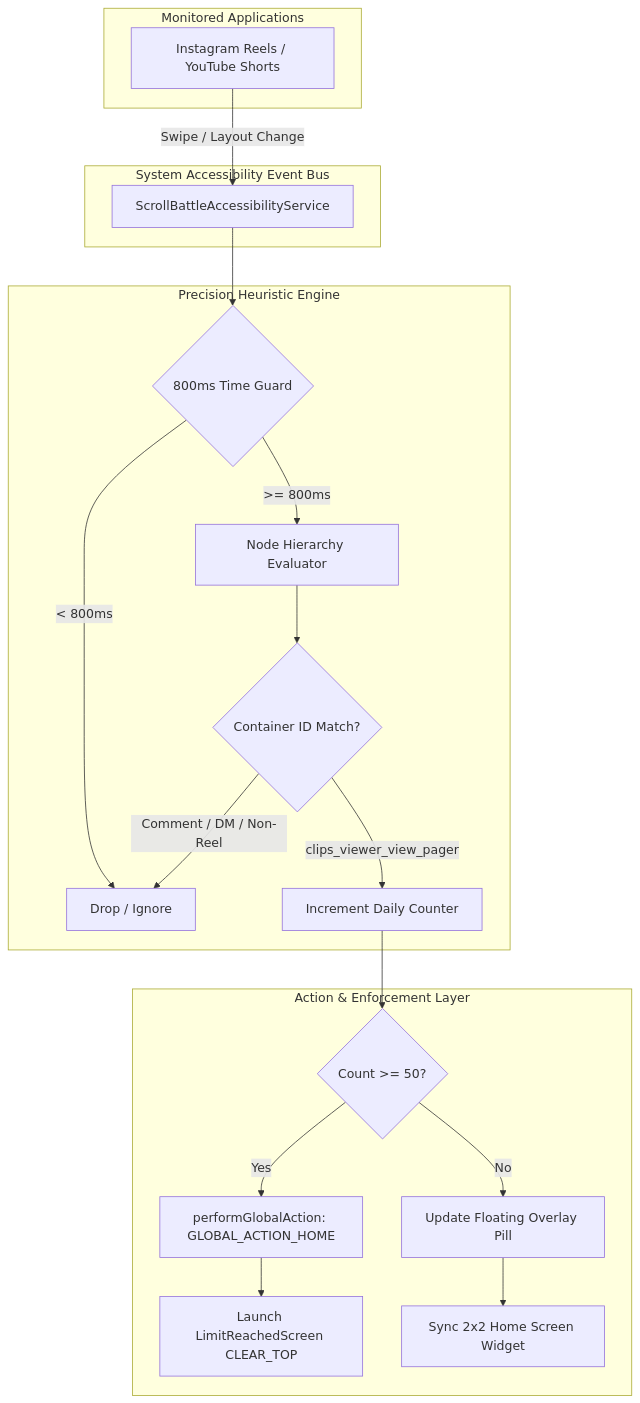
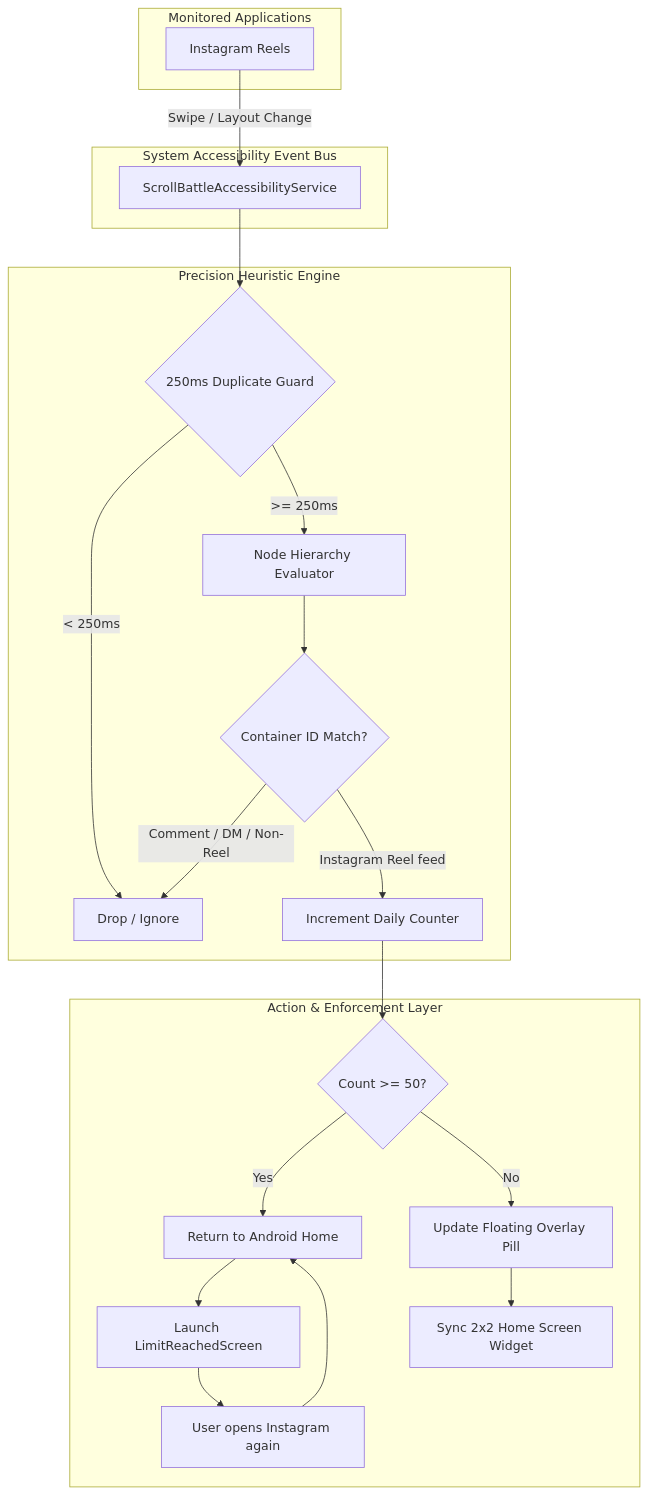
Before and after one commit to NIKHILSINGLAT/ScrollBattle: the diagram in README.md, drawn with Mermaid. The commit also changed other lines of this file and 22 other files, not shown here.

First line of the commit message:
Fix ScrollBattle Reel tracking and Instagram lock

````diff
--- a/README.md
+++ b/README.md
@@ -42,27 +42,29 @@
 ```mermaid
 flowchart TD
     subgraph Target_Apps [Monitored Applications]
-        IG[Instagram Reels / YouTube Shorts]
+        IG[Instagram Reels]
     end
 
     subgraph Accessibility_Bus [System Accessibility Event Bus]
         IG -->|Swipe / Layout Change| Bus[ScrollBattleAccessibilityService]
     end
 
     subgraph Detection_Engine [Precision Heuristic Engine]
-        Bus --> Throttler{800ms Time Guard}
-        Throttler -- "< 800ms" --> Drop[Drop / Ignore]
-        Throttler -- ">= 800ms" --> Evaluator[Node Hierarchy Evaluator]
+        Bus --> Throttler{250ms Duplicate Guard}
+        Throttler -- "< 250ms" --> Drop[Drop / Ignore]
+        Throttler -- ">= 250ms" --> Evaluator[Node Hierarchy Evaluator]
         Evaluator --> Match{Container ID Match?}
         Match -- "Comment / DM / Non-Reel" --> Drop
-        Match -- "clips_viewer_view_pager" --> Count[Increment Daily Counter]
+        Match -- "Instagram Reel feed" --> Count[Increment Daily Counter]
     end
 
     subgraph Enforcement [Action & Enforcement Layer]
         Count --> LimitCheck{Count >= 50?}
-        LimitCheck -- "Yes" --> Kick[performGlobalAction: GLOBAL_ACTION_HOME]
-        Kick --> LockScreen[Launch LimitReachedScreen CLEAR_TOP]
+        LimitCheck -- "Yes" --> Kick[Return to Android Home]
+        Kick --> LockScreen[Launch LimitReachedScreen]
+        LockScreen --> Reopen[User opens Instagram again]
+        Reopen --> Kick
         LimitCheck -- "No" --> PillUpdate[Update Floating Overlay Pill]
         PillUpdate --> WidgetUpdate[Sync 2x2 Home Screen Widget]
     end
 ```
````
